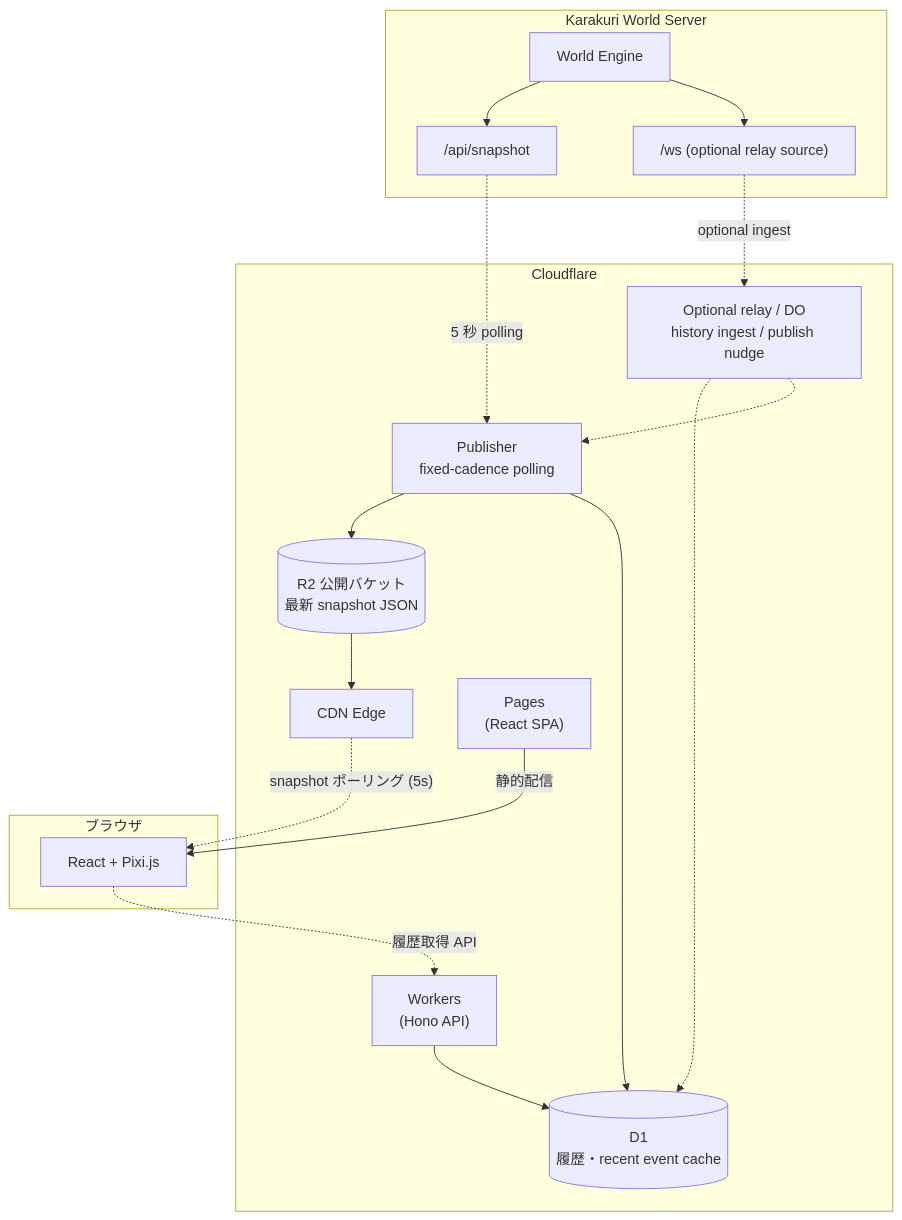
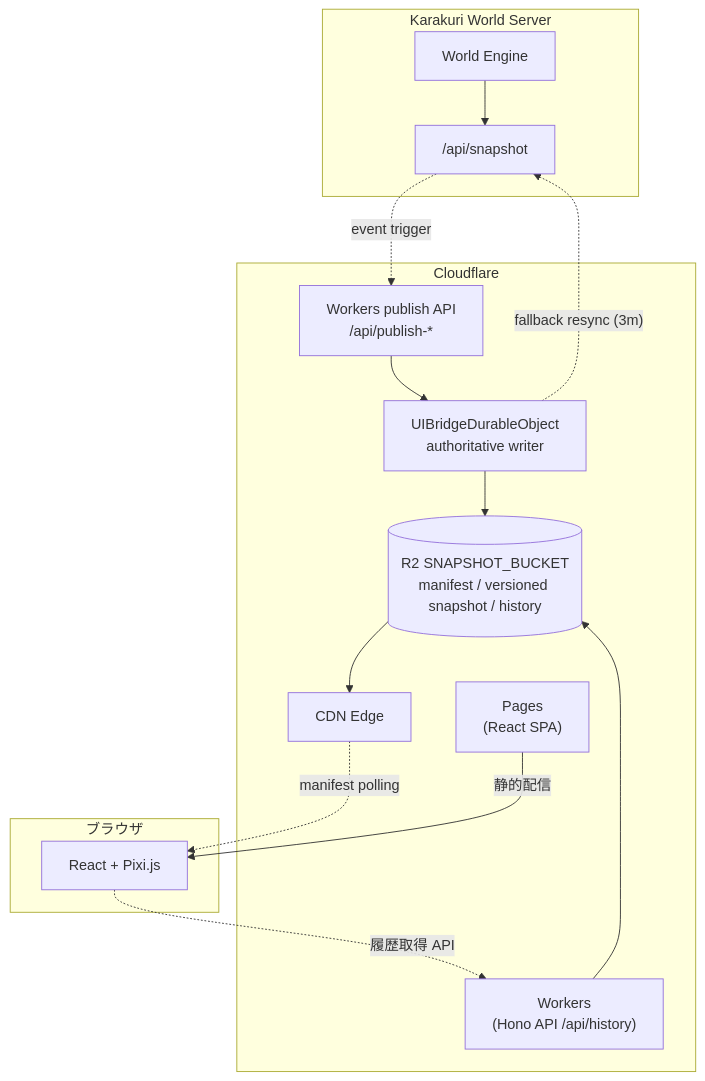
The diagram in docs/design/ui-system.md (KarakuriAgent/karakuri-world), drawn with Mermaid before and after one commit. The commit also changed other lines of this file and 81 other files, not shown here.

First line of the commit message:
feat(spectator): event-driven snapshot/history publisher への移行と /ws 撤去 (#62)

````diff
--- a/docs/design/ui-system.md
+++ b/docs/design/ui-system.md
@@ -31,37 +33,32 @@
 ```mermaid
 graph TB
     subgraph kw["Karakuri World Server"]
         engine["World Engine"]
         snapshot["/api/snapshot"]
-        ws["/ws (optional relay source)"]
         engine --> snapshot
-        engine --> ws
     end
 
     subgraph cf["Cloudflare"]
-        publisher["Publisher<br/>fixed-cadence polling"]
-        relay["Optional relay / DO<br/>history ingest / publish nudge"]
-        d1[("D1<br/>履歴・recent event cache")]
-        r2[("R2 公開バケット<br/>最新 snapshot JSON")]
+        publishApi["Workers publish API<br/>/api/publish-*"]
+        bridge["UIBridgeDurableObject<br/>authoritative writer"]
+        r2[("R2 SNAPSHOT_BUCKET<br/>manifest / versioned snapshot / history")]
         edge["CDN Edge"]
-        workers["Workers<br/>(Hono API)"]
+        workers["Workers<br/>(Hono API /api/history)"]
         pages["Pages<br/>(React SPA)"]
 
-        publisher --> r2
-        publisher --> d1
-        relay -.-> d1
-        relay -.-> publisher
+        publishApi --> bridge
+        bridge --> r2
         r2 --> edge
-        workers --> d1
+        workers --> r2
     end
 
     subgraph client["ブラウザ"]
         ui["React + Pixi.js"]
     end
 
-    snapshot -.->|"5 秒 polling"| publisher
-    ws -.->|"optional ingest"| relay
-    edge -.->|"snapshot ポーリング (5s)"| ui
+    snapshot -.->|"event trigger"| publishApi
+    bridge -.->|"fallback resync (3m)"| snapshot
+    edge -.->|"manifest polling"| ui
     ui -.->|"履歴取得 API"| workers
     pages -->|"静的配信"| ui
 ```
````
